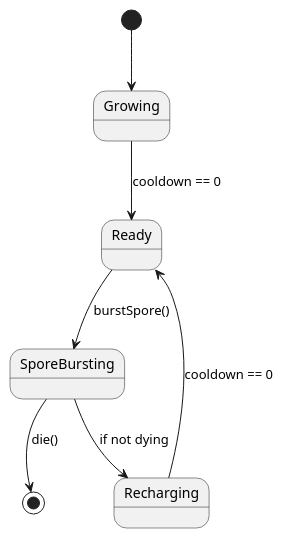
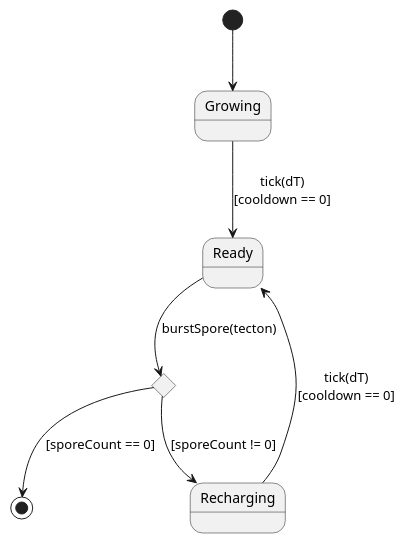
Before and after one commit to ZD4ve/projlab-error521: the diagram in Mushroom/states.pu, drawn with PlantUML. The commit also changed 2 other files, not shown here.

Commit message:
state diagrams fixed

```diff
--- a/Mushroom/states.pu
+++ b/Mushroom/states.pu
@@ -1,11 +1,15 @@
 @startuml MushroomStates
-'skinparam linetype ortho
+
+state Growing
+state Ready
+state Recharging
+state SporeBursting <<choice>>
 
 [*] --> Growing
-Growing --> Ready : cooldown == 0
-Ready --> SporeBursting : burstSpore()
-SporeBursting --> Recharging : if not dying
-Recharging --> Ready : cooldown == 0
-SporeBursting --> [*] : die()
+Growing --> Ready : tick(dT)\n[cooldown == 0]
+Ready --> SporeBursting : burstSpore(tecton)
+SporeBursting --> Recharging : [sporeCount != 0]
+Recharging --> Ready : tick(dT)\n[cooldown == 0]
+SporeBursting --> [*] : [sporeCount == 0]
 
 @enduml
```
